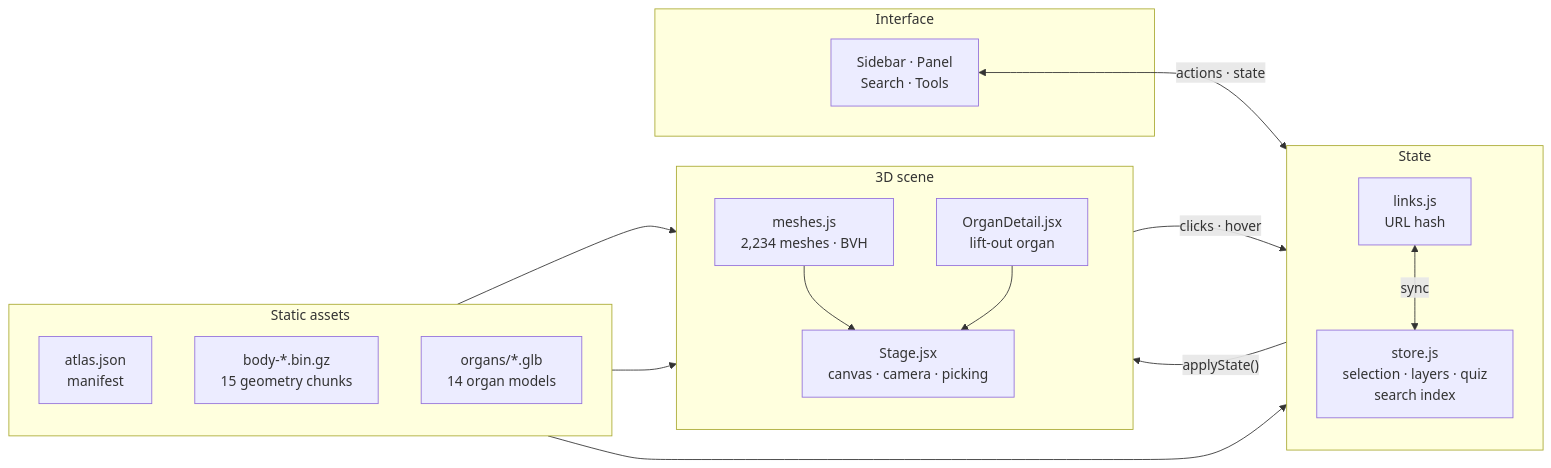
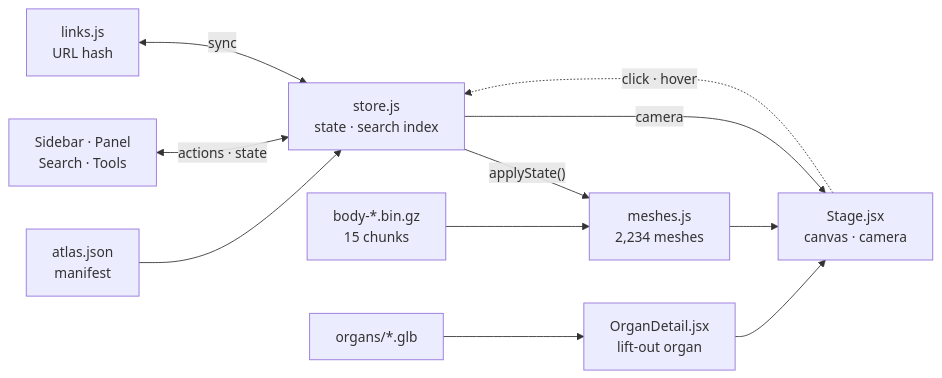
The diagram in README.md (ImliStack/Body-Atlas-3D), drawn with Mermaid before and after one commit.

Commit message:
README: simplify architecture diagram

````diff
--- a/README.md
+++ b/README.md
@@ -188,32 +188,13 @@
 ```mermaid
 flowchart LR
-    subgraph assets["Static assets"]
-        direction TB
-        A["atlas.json<br/>manifest"]
-        C["body-*.bin.gz<br/>15 geometry chunks"]
-        G["organs/*.glb<br/>14 organ models"]
-    end
-    subgraph core["State"]
-        direction TB
-        B["store.js<br/>selection · layers · quiz<br/>search index"]
-        I["links.js<br/>URL hash"]
-    end
-    subgraph scene["3D scene"]
-        direction TB
-        D["meshes.js<br/>2,234 meshes · BVH"]
-        H["OrganDetail.jsx<br/>lift-out organ"]
-        E["Stage.jsx<br/>canvas · camera · picking"]
-    end
-    subgraph ui["Interface"]
-        F["Sidebar · Panel<br/>Search · Tools"]
-    end
-    A --> B
-    C --> D
-    G --> H
-    B -->|"applyState()"| D
-    D --> E
-    H --> E
-    E -->|"clicks · hover"| B
-    F <-->|"actions · state"| B
-    I <-->|"sync"| B
+    A["atlas.json<br/>manifest"] --> S["store.js<br/>state · search index"]
+    C["body-*.bin.gz<br/>15 chunks"] --> M["meshes.js<br/>2,234 meshes"]
+    G["organs/*.glb"] --> D["OrganDetail.jsx<br/>lift-out organ"]
+    S -->|"applyState()"| M
+    M --> R["Stage.jsx<br/>canvas · camera"]
+    D --> R
+    S -->|"camera"| R
+    R -.->|"click · hover"| S
+    U["Sidebar · Panel<br/>Search · Tools"] <-->|"actions · state"| S
+    L["links.js<br/>URL hash"] <-->|"sync"| S
 ```
````
